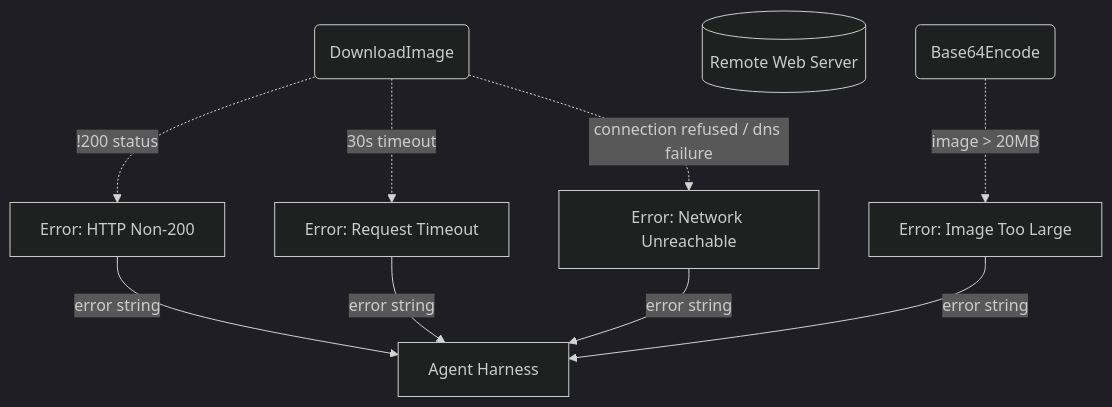
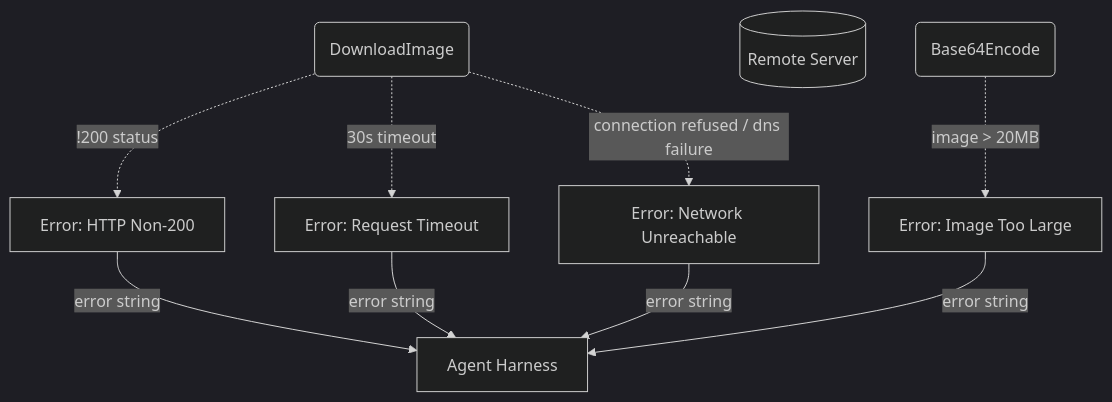
The second of 5 diagrams in _dfds/tools/vision.md (cosmoswafer/rockbot), drawn with Mermaid (dark theme) before and after one commit. The commit also changed other lines of this file and 2 other files, not shown here.

First line of the commit message:
docs: clarify vision DFD — harness natively sees attachments, vision tool only for public/WebDAV URLs

````diff
--- a/_dfds/tools/vision.md
+++ b/_dfds/tools/vision.md
@@ -64,20 +69,20 @@
 ```mermaid
 flowchart TD
     HTTP_DL(DownloadImage)
-    WEB[(Remote Web Server)]
+    WEB[(Remote Server)]
     ENCODE(Base64Encode)
     ERR_STATUS[Error: HTTP Non-200]
     ERR_TIMEOUT[Error: Request Timeout]
     ERR_NET[Error: Network Unreachable]
     ERR_SIZE[Error: Image Too Large]
     HARNESS[Agent Harness]
 
     HTTP_DL -.->|"!200 status"| ERR_STATUS
     HTTP_DL -.->|"30s timeout"| ERR_TIMEOUT
     HTTP_DL -.->|"connection refused / dns failure"| ERR_NET
     ENCODE -.->|"image > 20MB"| ERR_SIZE
     ERR_STATUS -->|"error string"| HARNESS
     ERR_TIMEOUT -->|"error string"| HARNESS
     ERR_NET -->|"error string"| HARNESS
     ERR_SIZE -->|"error string"| HARNESS
 ```
````
